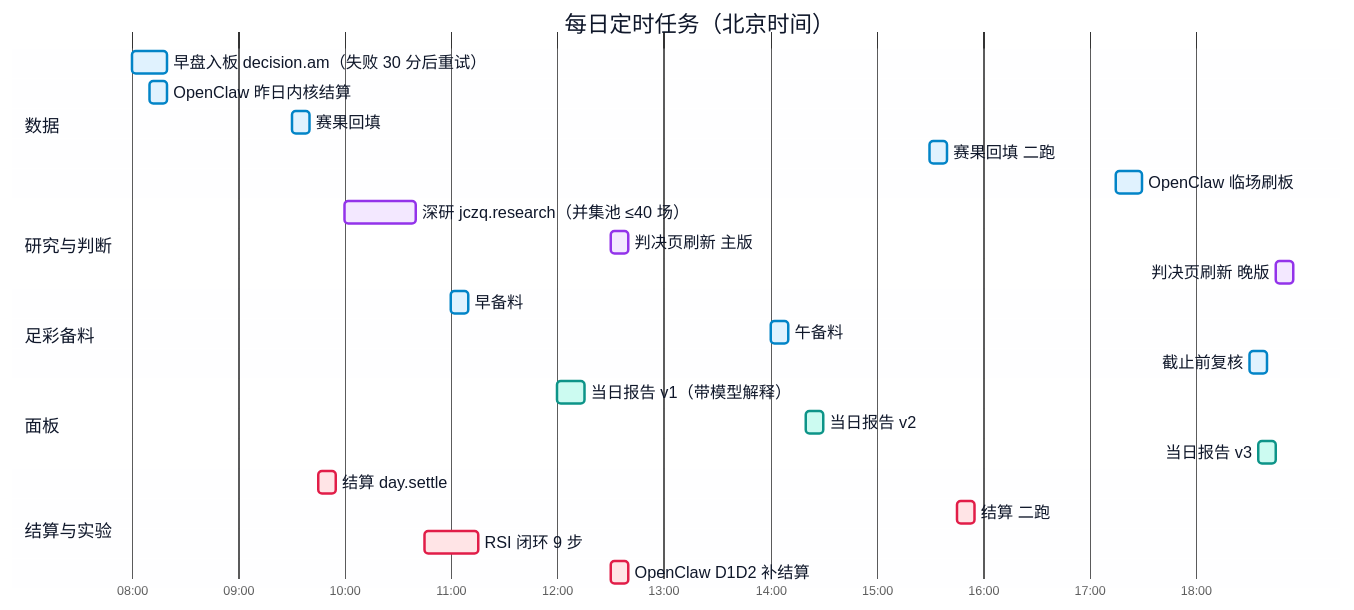
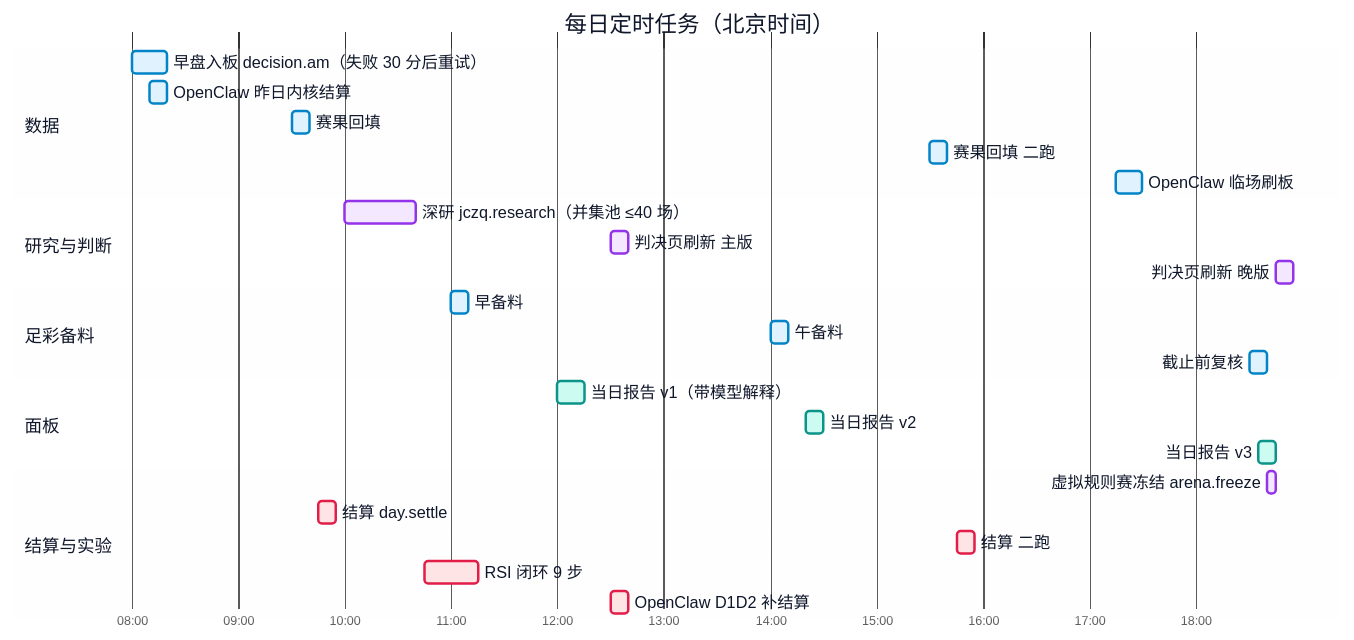
The second of 11 diagrams in docs/ARCHITECTURE.md (Jerenus/Nutmeg), drawn with Mermaid before and after one commit. The commit also changed other lines of this file and 22 other files, not shown here.

First line of the commit message:
feat(arena): 竞彩虚拟规则赛独立分析线——候选腿/规则/地板/冻结/结算/榜单/封存验证，CLI nutmeg arena，定时 arena.freeze 18:40、arena.settle 09:50/15:50，RUNBOOK 泳道 C；全程虚拟不进净值和判断层

````diff
--- a/docs/ARCHITECTURE.md
+++ b/docs/ARCHITECTURE.md
@@ -151,30 +151,31 @@
 ```mermaid
 %%{init: {"theme": "base", "themeCSS": ".grid .tick line { stroke: #E2E8F0; } .grid path { stroke: none; } .sectionTitle { font-weight: 600; }", "themeVariables": {"fontSize": "14px", "taskBkgColor": "#F3E8FF", "taskBorderColor": "#9333EA", "doneTaskBkgColor": "#E0F2FE", "doneTaskBorderColor": "#0284C7", "activeTaskBkgColor": "#CCFBF1", "activeTaskBorderColor": "#0D9488", "critBkgColor": "#FFE4E6", "critBorderColor": "#E11D48", "taskTextColor": "#0F172A", "taskTextDarkColor": "#0F172A", "taskTextOutsideColor": "#0F172A", "taskTextLightColor": "#0F172A", "sectionBkgColor": "#F8FAFC", "altSectionBkgColor": "#FFFFFF", "sectionBkgColor2": "#F8FAFC", "gridColor": "#E2E8F0", "titleColor": "#0F172A", "todayLineColor": "transparent"}, "gantt": {"barHeight": 18, "barGap": 6, "topPadding": 40, "leftPadding": 96, "fontSize": 13, "sectionFontSize": 14}}}%%
 gantt
   title 每日定时任务（北京时间）
   dateFormat HH:mm
   axisFormat %H:%M
   section 数据
   早盘入板 decision.am（失败 30 分后重试）   :done, a1, 08:00, 20m
   OpenClaw 昨日内核结算                      :done, a2, 08:10, 10m
   赛果回填                                   :done, a3, 09:30, 10m
   赛果回填 二跑                              :done, a4, 15:30, 10m
   OpenClaw 临场刷板                          :done, a5, 17:15, 15m
   section 研究与判断
   深研 jczq.research（并集池 ≤40 场）        :b1, 10:00, 40m
   判决页刷新 主版                            :b2, 12:30, 10m
   判决页刷新 晚版                            :b3, 18:45, 10m
   section 足彩备料
   早备料                                     :done, c1, 11:00, 10m
   午备料                                     :done, c2, 14:00, 10m
   截止前复核                                 :done, c3, 18:30, 10m
   section 面板
   当日报告 v1（带模型解释）                  :active, d1, 12:00, 15m
   当日报告 v2                                :active, d2, 14:20, 10m
   当日报告 v3                                :active, d3, 18:35, 10m
   section 结算与实验
+  虚拟规则赛冻结 arena.freeze                :18:40, 5m
   结算 day.settle                            :crit, e1, 09:45, 10m
   结算 二跑                                  :crit, e2, 15:45, 10m
   RSI 闭环 9 步                              :crit, e3, 10:45, 30m
   OpenClaw D1D2 补结算                       :crit, e4, 12:30, 10m
 ```
````
